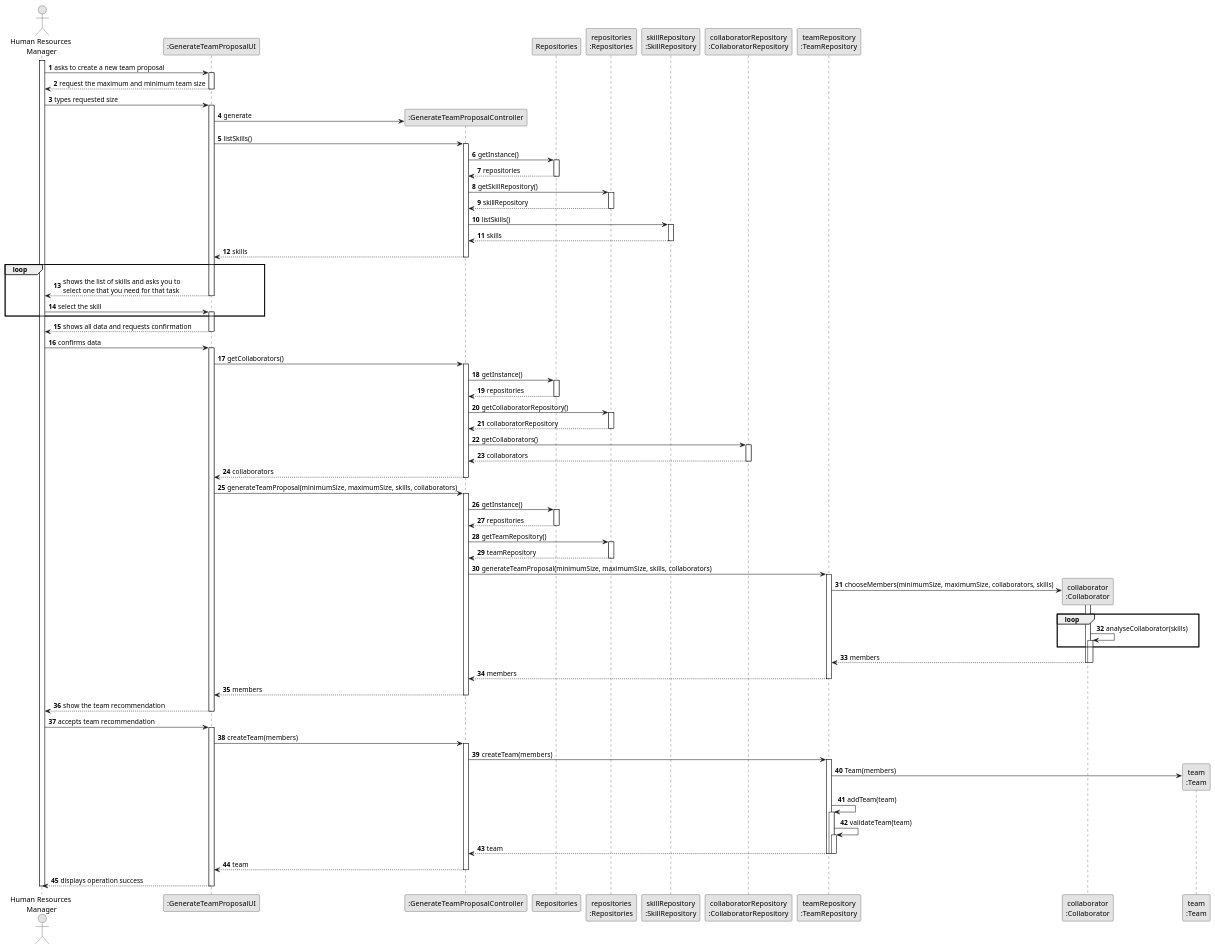
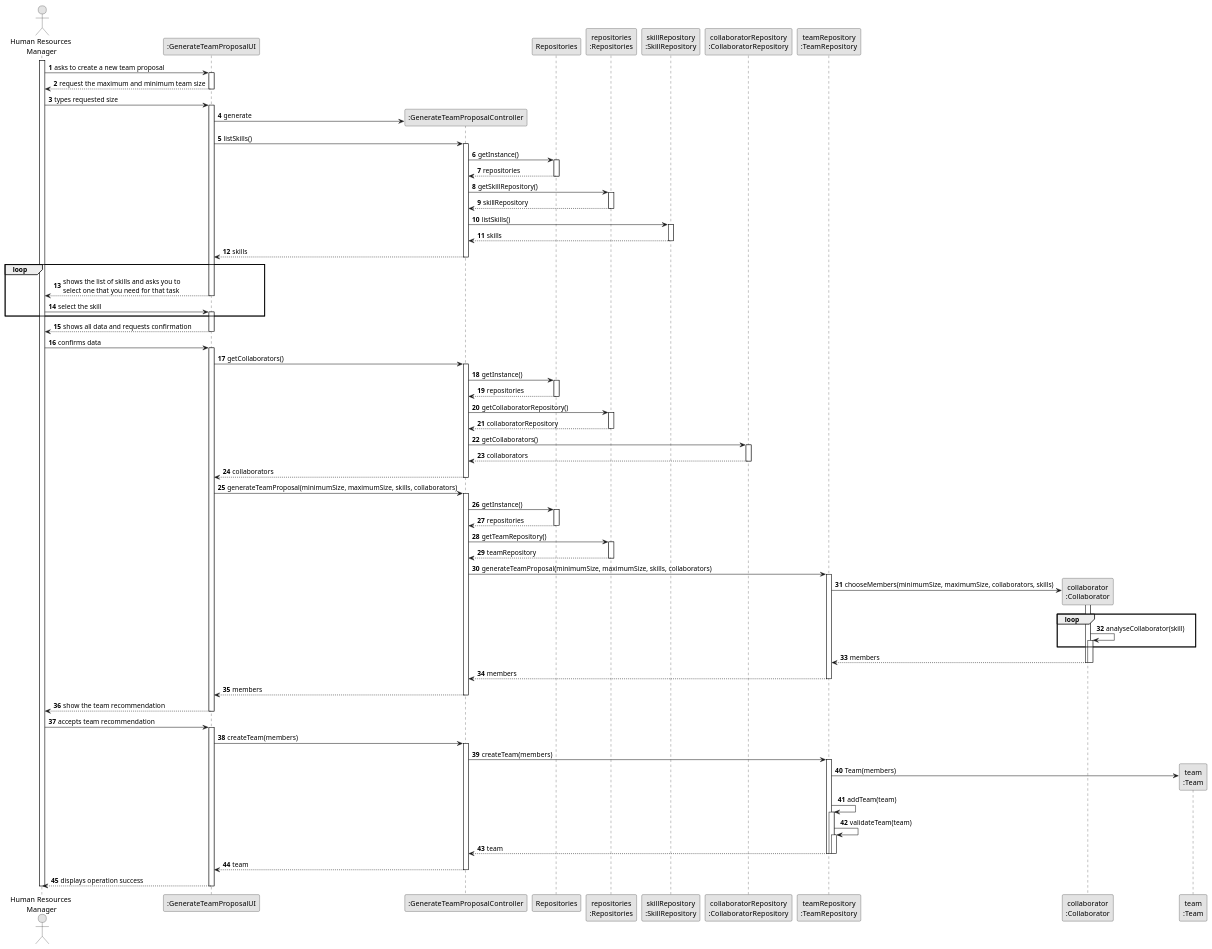
Before and after one commit to diogoveirospro/lei-24-s2-1dg-g072: the diagram in docs/sprintB/us005/03.design/puml/us005-sequence-diagram-full.puml, drawn with PlantUML. The commit also changed 2 other files, not shown here.

```diff
--- a/docs/sprintB/us005/03.design/puml/us005-sequence-diagram-full.puml
+++ b/docs/sprintB/us005/03.design/puml/us005-sequence-diagram-full.puml
@@ -1,170 +1,170 @@
 @startuml
 skinparam monochrome true
 skinparam packageStyle rectangle
 skinparam shadowing false
 
 autonumber
 
 'hide footbox
 actor "Human Resources\n Manager" as HRM
 participant ":GenerateTeamProposalUI" as UI
 participant ":GenerateTeamProposalController" as CTRL
 participant Repositories
 participant "repositories\n:Repositories" as REP
 participant "skillRepository\n:SkillRepository" as SKILLREP
 participant "collaboratorRepository\n:CollaboratorRepository" as COLREP
 participant "teamRepository\n:TeamRepository" as TEAMREP
 participant "collaborator\n:Collaborator" as COLLAB
 participant "team\n:Team" as team
 
 activate HRM
 
     HRM -> UI : asks to create a new team proposal
     activate UI
 
         UI --> HRM : request the maximum and minimum team size
     deactivate UI
 
     HRM -> UI : types requested size
     activate UI
 
         UI -> CTRL** : generate
 
 
         UI -> CTRL : listSkills()
         activate CTRL
 
            CTRL -> Repositories: getInstance()
            activate Repositories
 
                 Repositories --> CTRL: repositories
            deactivate Repositories
 
            CTRL -> REP: getSkillRepository()
            activate REP
 
                 REP --> CTRL: skillRepository
            deactivate REP
 
             CTRL -> SKILLREP : listSkills()
             activate SKILLREP
 
                 SKILLREP --> CTRL : skills
             deactivate SKILLREP
 
             CTRL --> UI : skills
         deactivate CTRL
 
     loop
         UI --> HRM: shows the list of skills and asks you to \nselect one that you need for that task
     deactivate UI
 
     HRM -> UI: select the skill
     activate UI
 
     end
 
         UI --> HRM: shows all data and requests confirmation
     deactivate UI
 
     HRM -> UI: confirms data
     activate UI
 
         UI -> CTRL: getCollaborators()
         activate CTRL
 
             CTRL -> Repositories: getInstance()
             activate Repositories
 
                 Repositories --> CTRL: repositories
             deactivate Repositories
 
             CTRL -> REP: getCollaboratorRepository()
             activate REP
 
                 REP --> CTRL: collaboratorRepository
             deactivate REP
 
             CTRL -> COLREP: getCollaborators()
             activate COLREP
 
                 COLREP --> CTRL: collaborators
             deactivate COLREP
 
             CTRL --> UI: collaborators
         deactivate CTRL
 
         UI -> CTRL: generateTeamProposal(minimumSize, maximumSize, skills, collaborators)
         activate CTRL
 
             CTRL -> Repositories: getInstance()
             activate Repositories
 
                 Repositories --> CTRL: repositories
             deactivate Repositories
 
             CTRL -> REP: getTeamRepository()
             activate REP
 
                 REP --> CTRL: teamRepository
             deactivate REP
 
             CTRL -> TEAMREP: generateTeamProposal(minimumSize, maximumSize, skills, collaborators)
             activate TEAMREP
 
                 TEAMREP -> COLLAB**: chooseMembers(minimumSize, maximumSize, collaborators, skills)
                 activate COLLAB
                 loop
-                    COLLAB -> COLLAB: analyseCollaborator(skills)
+                    COLLAB -> COLLAB: analyseCollaborator(skill)
                     activate COLLAB
                 end
                     COLLAB --> TEAMREP: members
 
                     deactivate COLLAB
 
                 deactivate COLLAB
 
                 TEAMREP --> CTRL: members
             deactivate TEAMREP
 
             CTRL --> UI: members
         deactivate CTRL
 
         UI --> HRM: show the team recommendation
     deactivate UI
 
     HRM -> UI: accepts team recommendation
     activate UI
 
         UI -> CTRL: createTeam(members)
         activate CTRL
 
             CTRL -> TEAMREP: createTeam(members)
         activate TEAMREP
 
         TEAMREP -> team**: Team(members)
 
             TEAMREP -> TEAMREP : addTeam(team)
             activate TEAMREP
 
             TEAMREP -> TEAMREP : validateTeam(team)
             activate TEAMREP
 
                 TEAMREP --> CTRL: team
 
             deactivate TEAMREP
 
             deactivate TEAMREP
 
 
         deactivate TEAMREP
 
                 CTRL --> UI: team
             deactivate CTRL
 
         UI --> HRM: displays operation success
     deactivate UI
 
 deactivate HRM
 
 @enduml
```
